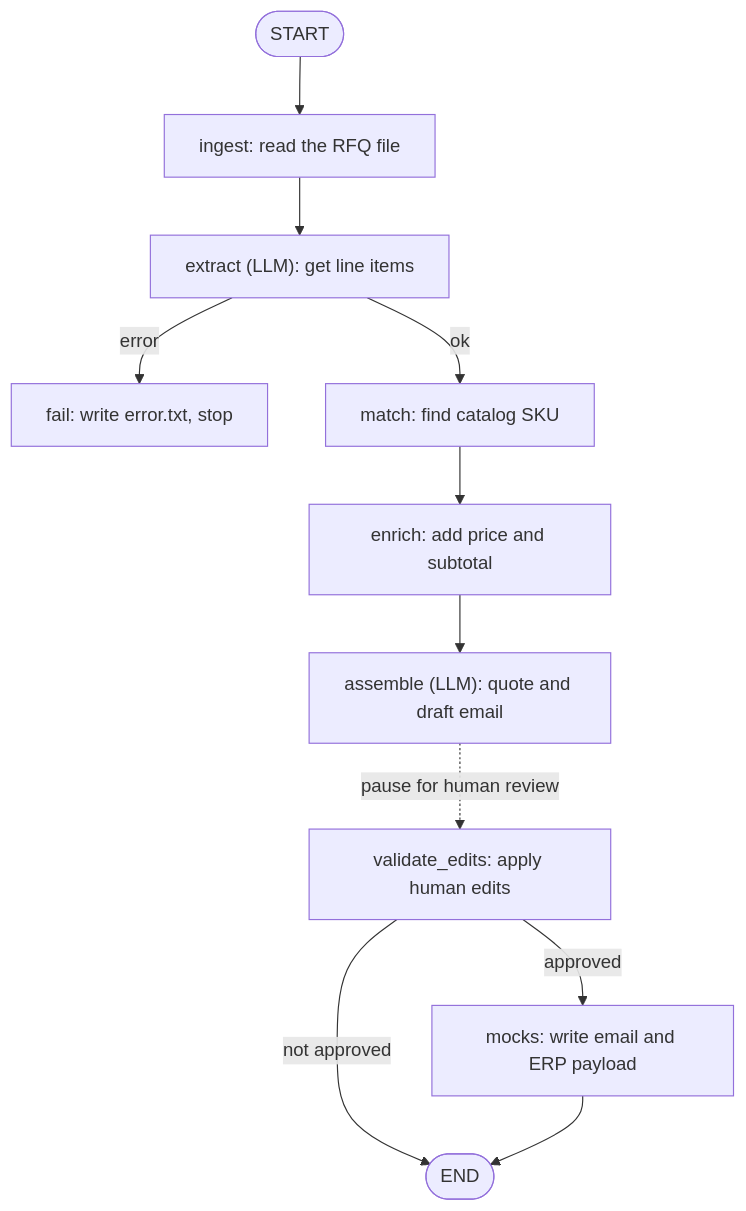
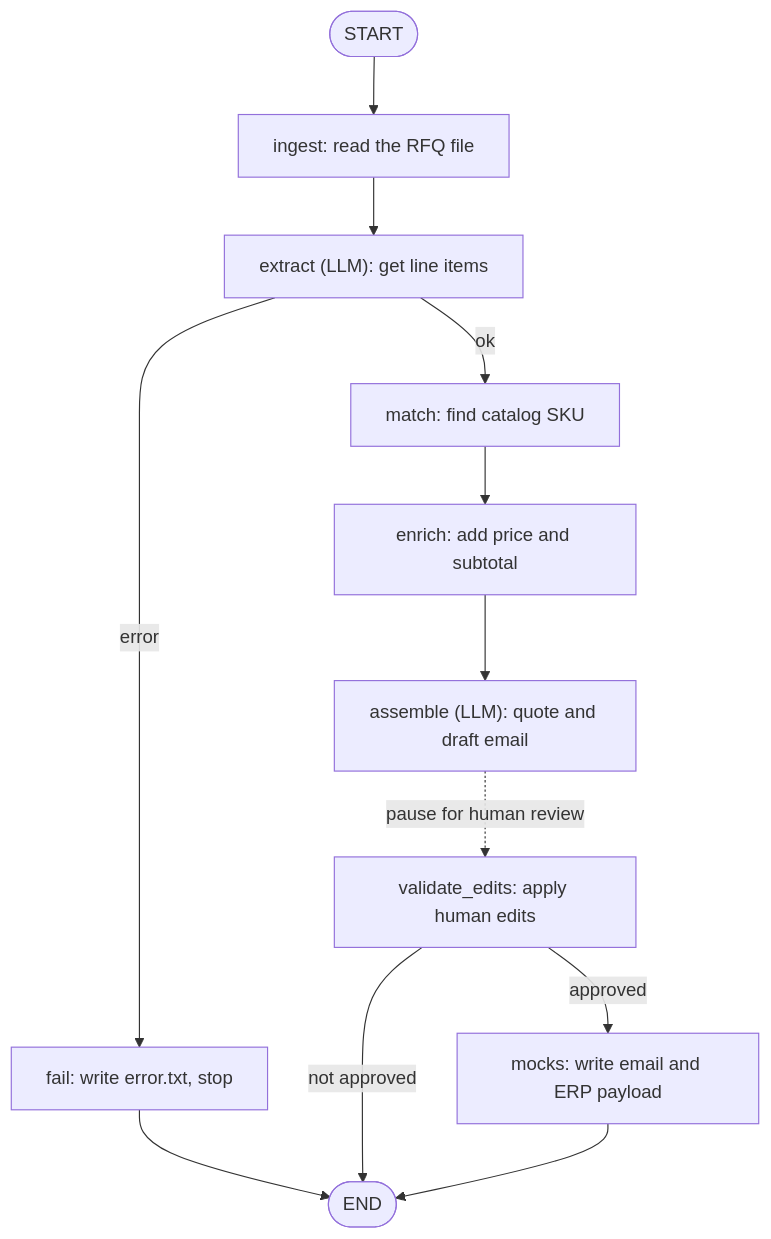
Before and after one commit to sssahoo-lang/rfq2draft: the diagram in README.md, drawn with Mermaid.

Commit message:
Show fail node terminating at END in the README diagram
Adds a fail --> END edge to the architecture flowchart so a reader
can see that a failed extraction ends the run, rather than the fail
node looking like a dead end on the chart.

````diff
--- a/README.md
+++ b/README.md
@@ -22,22 +22,23 @@
 ```mermaid
 flowchart TD
     START([START]) --> ingest
     ingest["ingest: read the RFQ file"]
     extract["extract (LLM): get line items"]
     fail["fail: write error.txt, stop"]
     match["match: find catalog SKU"]
     enrich["enrich: add price and subtotal"]
     assemble["assemble (LLM): quote and draft email"]
     validate["validate_edits: apply human edits"]
     mocks["mocks: write email and ERP payload"]
 
     ingest --> extract
     extract -->|ok| match
     extract -->|error| fail
+    fail --> ENDx
     match --> enrich
     enrich --> assemble
     assemble -.->|pause for human review| validate
     validate -->|approved| mocks
     validate -->|not approved| ENDx([END])
     mocks --> ENDx
 ```
````
